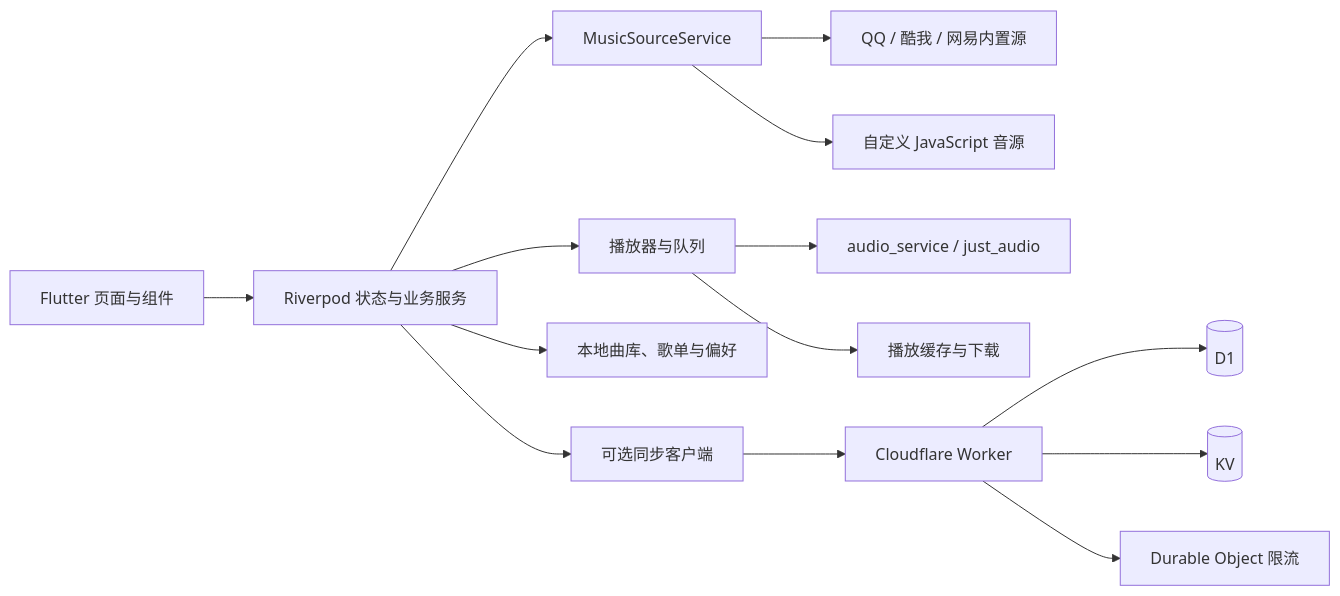
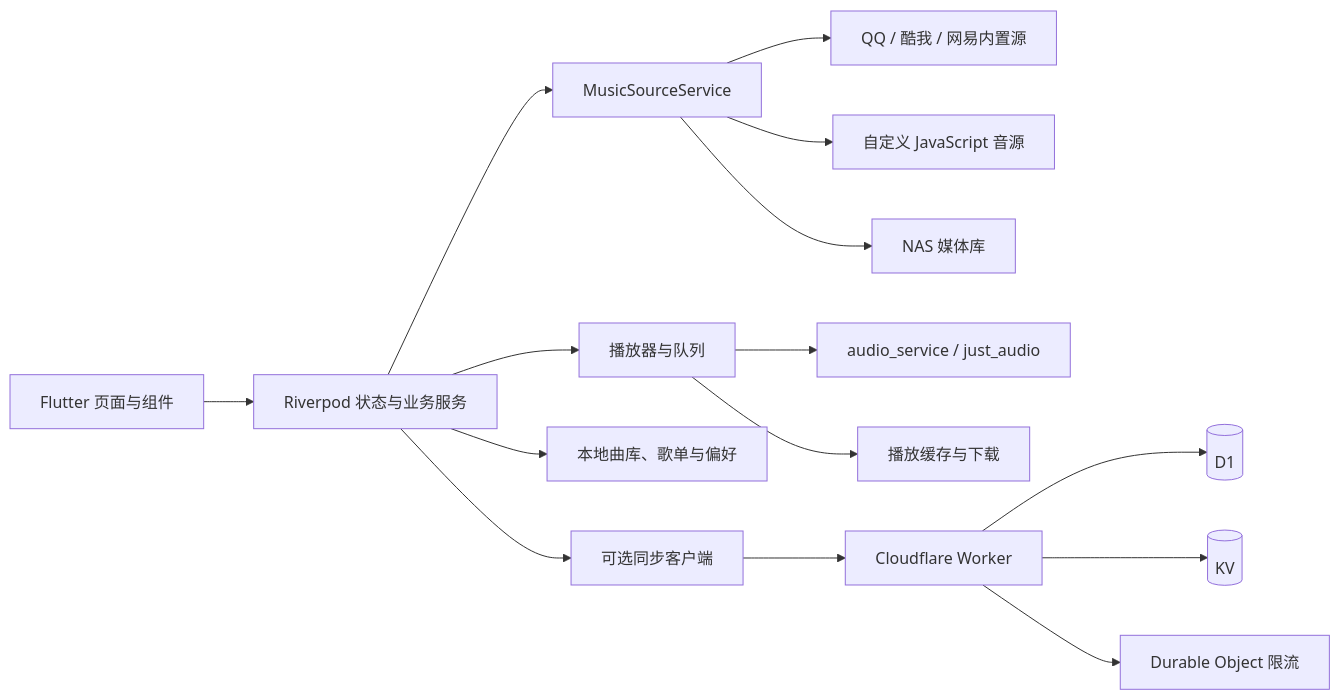
Before and after one commit to kiseding/Koyze: the diagram in README.md, drawn with Mermaid. The commit also changed other lines of this file, not shown here.

````diff
--- a/README.md
+++ b/README.md
@@ -315,16 +380,17 @@
 ```mermaid
 flowchart LR
     UI[Flutter 页面与组件] --> State[Riverpod 状态与业务服务]
     State --> Sources[MusicSourceService]
     Sources --> BuiltIn[QQ / 酷我 / 网易内置源]
     Sources --> Custom[自定义 JavaScript 音源]
+    Sources --> Nas[NAS 媒体库]
     State --> Player[播放器与队列]
     Player --> Audio[audio_service / just_audio]
     Player --> Cache[播放缓存与下载]
     State --> Local[本地曲库、歌单与偏好]
     State --> Sync[可选同步客户端]
     Sync --> Worker[Cloudflare Worker]
     Worker --> D1[(D1)]
     Worker --> KV[(KV)]
     Worker --> DO[Durable Object 限流]
 ```
````
